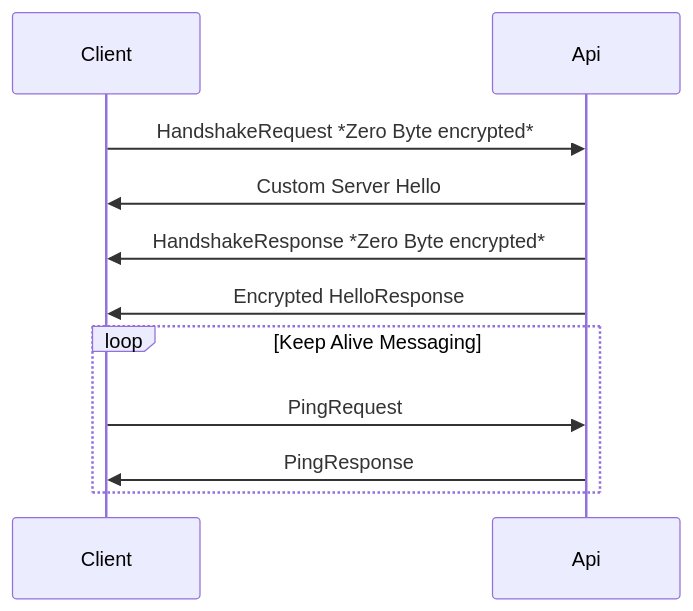
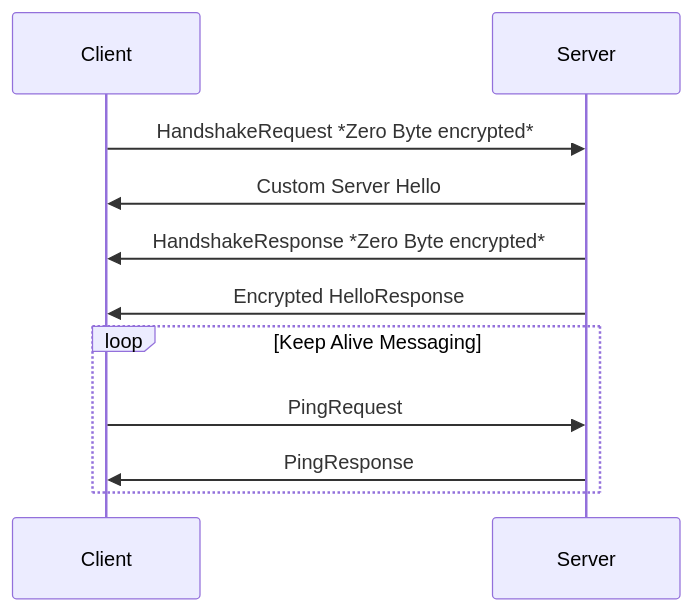
Before and after one commit to UbiHome/esphome-native-api: the second of 6 diagrams in documentation/docs/native_api/encryption.md, drawn with Mermaid. The commit also changed other lines of this file and 6 other files, not shown here.

````diff
--- a/documentation/docs/native_api/encryption.md
+++ b/documentation/docs/native_api/encryption.md
@@ -34,13 +34,13 @@
 ```mermaid
 sequenceDiagram
-    Client->>Api: HandshakeRequest *Zero Byte encrypted*
-    Api->>Client: Custom Server Hello
-    Api->>Client: HandshakeResponse *Zero Byte encrypted*
-    Api->>Client: Encrypted HelloResponse
+    Client->>Server: HandshakeRequest *Zero Byte encrypted*
+    Server->>Client: Custom Server Hello
+    Server->>Client: HandshakeResponse *Zero Byte encrypted*
+    Server->>Client: Encrypted HelloResponse
 
     loop Keep Alive Messaging
-        Client->>Api: PingRequest
-        Api->>Client: PingResponse
+        Client->>Server: PingRequest
+        Server->>Client: PingResponse
     end
 
 ```
````
